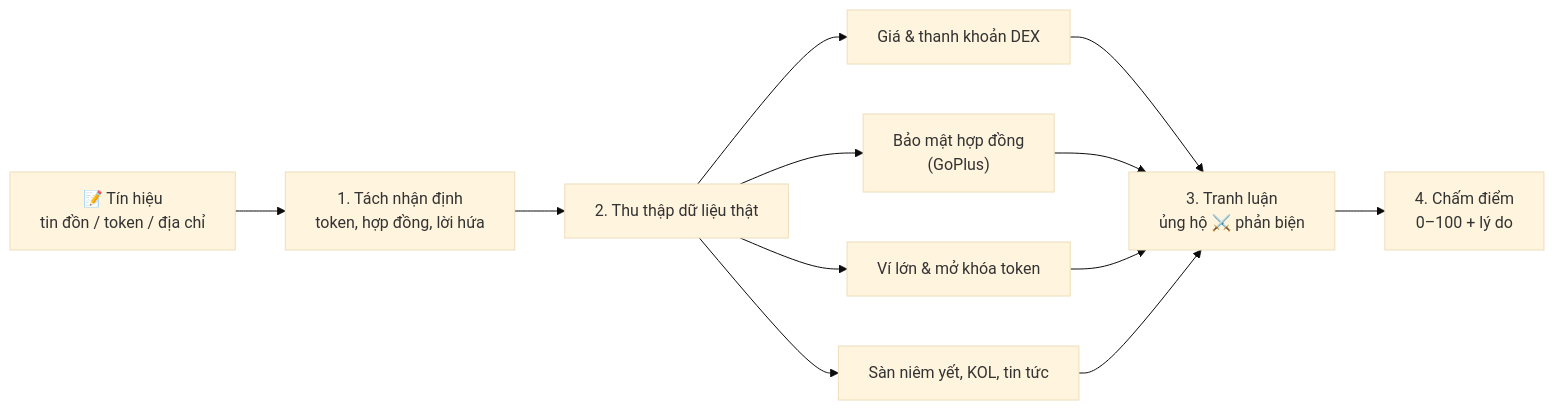
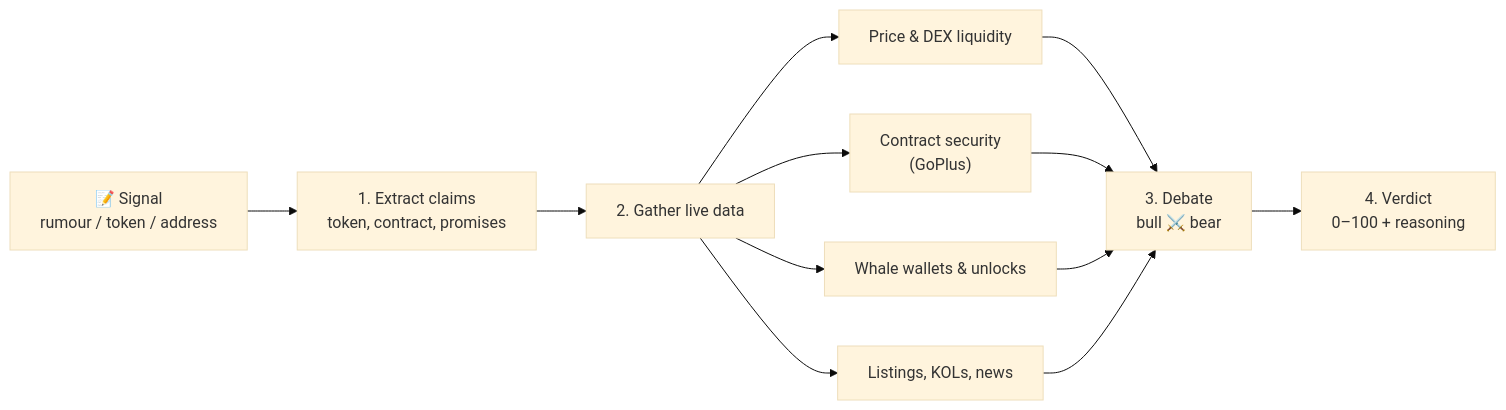
The first of 2 diagrams in README.md (congthuat/Makoto-Ai-Arc-Testnet-), drawn with Mermaid (base theme) before and after one commit. The commit also changed other lines of this file and 6 other files, not shown here.

````diff
--- a/README.md
+++ b/README.md
@@ -66,11 +71,11 @@
 ```mermaid
 flowchart LR
-    A["📝 Tín hiệu<br/>tin đồn / token / địa chỉ"] --> B["1. Tách nhận định<br/>token, hợp đồng, lời hứa"]
-    B --> C["2. Thu thập dữ liệu thật"]
-    C --> C1["Giá & thanh khoản DEX"]
-    C --> C2["Bảo mật hợp đồng<br/>(GoPlus)"]
-    C --> C3["Ví lớn & mở khóa token"]
-    C --> C4["Sàn niêm yết, KOL, tin tức"]
-    C1 & C2 & C3 & C4 --> D["3. Tranh luận<br/>ủng hộ ⚔️ phản biện"]
-    D --> E["4. Chấm điểm<br/>0–100 + lý do"]
+    A["📝 Signal<br/>rumour / token / address"] --> B["1. Extract claims<br/>token, contract, promises"]
+    B --> C["2. Gather live data"]
+    C --> C1["Price & DEX liquidity"]
+    C --> C2["Contract security<br/>(GoPlus)"]
+    C --> C3["Whale wallets & unlocks"]
+    C --> C4["Listings, KOLs, news"]
+    C1 & C2 & C3 & C4 --> D["3. Debate<br/>bull ⚔️ bear"]
+    D --> E["4. Verdict<br/>0–100 + reasoning"]
 ```
````
